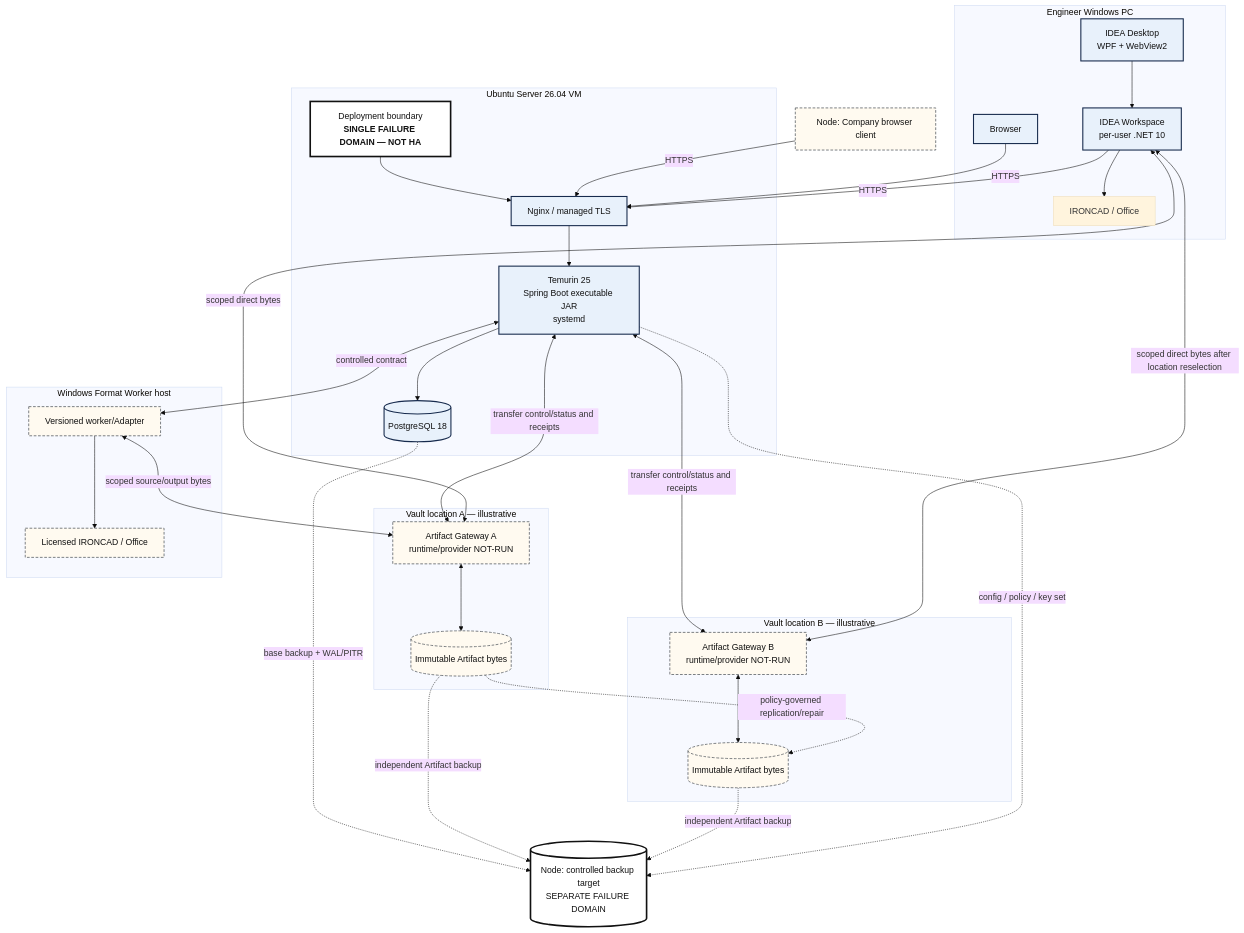
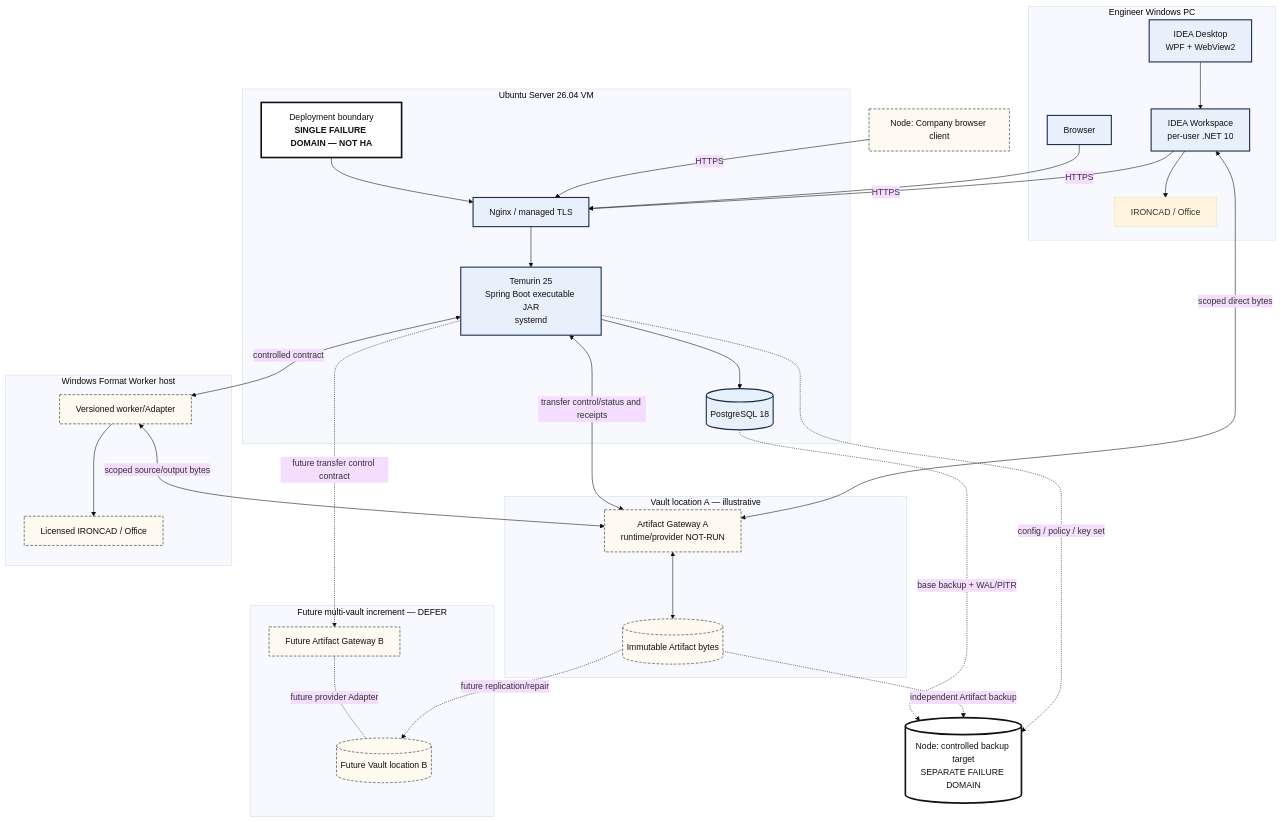
Before and after one commit to devphuclam/IDEAEngineering: the fifth of 8 diagrams in docs/product/instances/idea-engineering/technology/IDEA-core-v0-technology-architecture-views.md, drawn with Mermaid (base theme). The commit also changed other lines of this file and 82 other files, not shown here.

````diff
--- a/docs/product/instances/idea-engineering/technology/IDEA-core-v0-technology-architecture-views.md
+++ b/docs/product/instances/idea-engineering/technology/IDEA-core-v0-technology-architecture-views.md
@@ -316,66 +324,64 @@
 ```mermaid
 flowchart TB
-    accTitle: Initial Core v0 deployment with one control-plane Server and multiple Vault locations
-    accDescr: Engineer Windows computers run a browser, WPF WebView2 Desktop, per-user Workspace and external engineering tools. One Ubuntu Server virtual machine runs Nginx, Temurin, Spring Boot and PostgreSQL. Large file bytes bypass this Server and move through a selected Artifact Gateway to one of multiple Vault locations. Vault-to-Vault replication is policy governed. A separate backup target protects database, Artifact, configuration, policy and key recovery sets. Multiple Vaults do not make the Server highly available.
+    accTitle: Initial Core v0 deployment with one configured Vault and a future multi-vault seam
+    accDescr: Engineer Windows computers run a browser, WPF WebView2 Desktop, per-user Workspace and external engineering tools. One Ubuntu Server virtual machine runs Nginx, Temurin, Spring Boot and PostgreSQL. Large file bytes bypass this Server and move through one configured Artifact Gateway to Vault location A. A dashed future location shows the extension seam only; it is not deployed in Core v0. A separate backup target protects database, Artifact, configuration, policy and key recovery sets. The single Server is not highly available.
 
     subgraph EngineerPC[Engineer Windows PC]
       Browser[Browser]
       Desktop[IDEA Desktop<br/>WPF + WebView2]
       Workspace[IDEA Workspace<br/>per-user .NET 10]
       CAD[IRONCAD / Office]
       Desktop --> Workspace --> CAD
     end
 
     CompanyBrowser[Node: Company browser client]
 
     subgraph ServerVM[Ubuntu Server 26.04 VM]
       NoHA[Deployment boundary<br/><b>SINGLE FAILURE DOMAIN — NOT HA</b>]
       Proxy[Nginx / managed TLS]
       Server[Temurin 25<br/>Spring Boot executable JAR<br/>systemd]
       DB[(PostgreSQL 18)]
       NoHA --> Proxy --> Server
       Server --> DB
     end
 
     subgraph VaultSiteA[Vault location A — illustrative]
       GatewayA[Artifact Gateway A<br/>runtime/provider NOT-RUN]
       VaultA[(Immutable Artifact bytes)]
       GatewayA <--> VaultA
     end
 
-    subgraph VaultSiteB[Vault location B — illustrative]
-      GatewayB[Artifact Gateway B<br/>runtime/provider NOT-RUN]
-      VaultB[(Immutable Artifact bytes)]
-      GatewayB <--> VaultB
+    subgraph VaultSiteB[Future multi-vault increment — DEFER]
+      GatewayB[Future Artifact Gateway B]
+      VaultB[(Future Vault location B)]
+      GatewayB -. future provider Adapter .- VaultB
     end
 
     subgraph FormatHost[Windows Format Worker host]
       Worker[Versioned worker/Adapter]
       Licensed[Licensed IRONCAD / Office]
       Worker --> Licensed
     end
 
     Backup[(Node: controlled backup target<br/>SEPARATE FAILURE DOMAIN)]
 
     Browser -->|HTTPS| Proxy
     CompanyBrowser -->|HTTPS| Proxy
     Workspace -->|HTTPS| Proxy
     Server <-->|transfer control/status and receipts| GatewayA
-    Server <-->|transfer control/status and receipts| GatewayB
     Workspace <--> |scoped direct bytes| GatewayA
-    Workspace <--> |scoped direct bytes after location reselection| GatewayB
-    VaultA -. policy-governed replication/repair .-> VaultB
+    Server -. future transfer control contract .-> GatewayB
+    VaultA -. future replication/repair .-> VaultB
     Server <--> |controlled contract| Worker
     Worker <-->|scoped source/output bytes| GatewayA
     DB -. base backup + WAL/PITR .-> Backup
     VaultA -. independent Artifact backup .-> Backup
-    VaultB -. independent Artifact backup .-> Backup
     Server -. config / policy / key set .-> Backup
 
     classDef selected fill:#e8f1fb,stroke:#172b4d,stroke-width:2px,color:#111;
     classDef external fill:#fffaf0,stroke:#5f6368,stroke-width:1.5px,stroke-dasharray:5 3,color:#111;
     classDef warning fill:#fff,stroke:#111,stroke-width:3px,color:#111;
     class Browser,Desktop,Workspace,Proxy,Server,DB selected;
-    class CompanyBrowser,Worker,Licensed,GatewayA,GatewayB,VaultA,VaultB external;
+    class CompanyBrowser,Worker,Licensed,GatewayA,VaultA,GatewayB,VaultB external;
     class NoHA,Backup warning;
 ```
````
